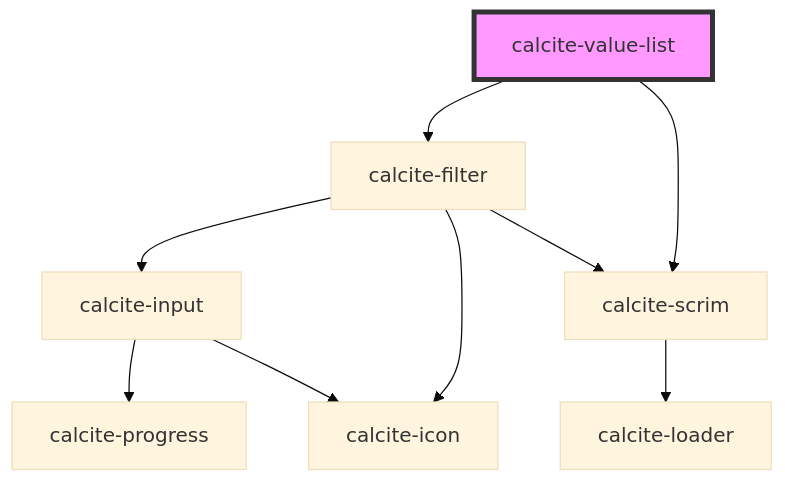
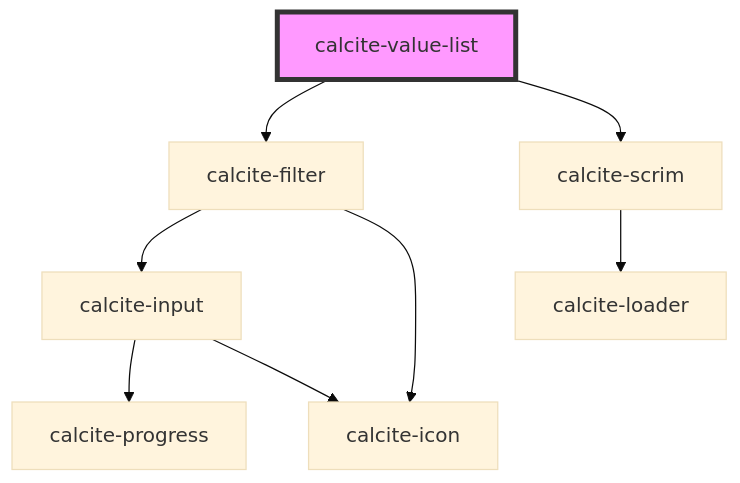
Before and after one commit to vikivakarvc/calcite-design-system: the diagram in src/components/value-list/readme.md, drawn with Mermaid (base theme). The commit also changed 7 other files, not shown here.

````diff
--- a/src/components/value-list/readme.md
+++ b/src/components/value-list/readme.md
@@ -126,12 +126,11 @@
 ```mermaid
 graph TD;
   calcite-value-list --> calcite-filter
   calcite-value-list --> calcite-scrim
-  calcite-filter --> calcite-scrim
   calcite-filter --> calcite-input
   calcite-filter --> calcite-icon
-  calcite-scrim --> calcite-loader
   calcite-input --> calcite-progress
   calcite-input --> calcite-icon
+  calcite-scrim --> calcite-loader
   style calcite-value-list fill:#f9f,stroke:#333,stroke-width:4px
 ```
````
